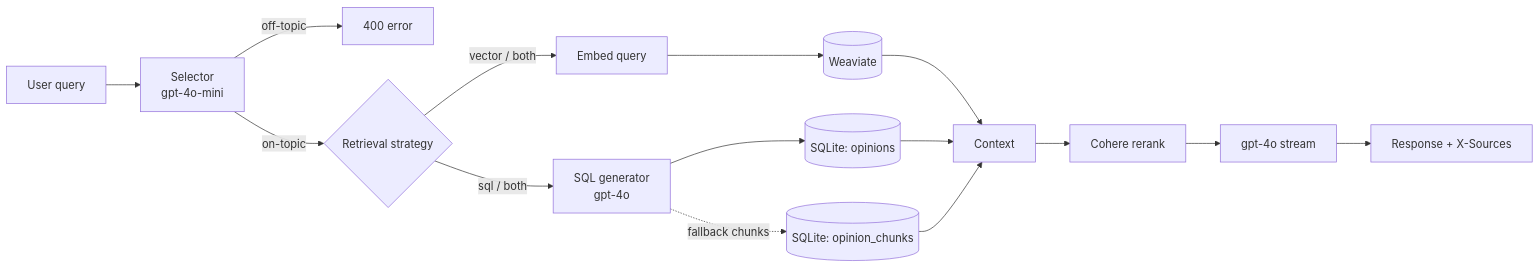
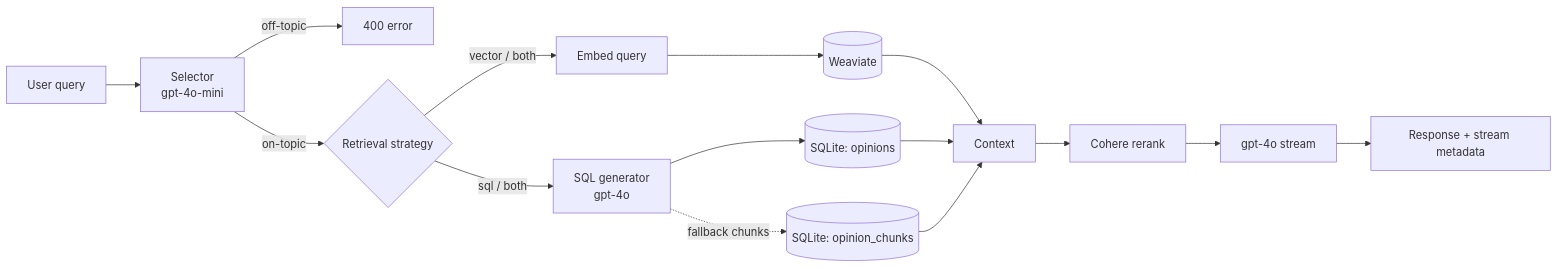
Before and after one commit to Isaac-DeFrain/scotus-helper: the second of 2 diagrams in README.md, drawn with Mermaid. The commit also changed other lines of this file and 13 other files, not shown here.

````diff
--- a/README.md
+++ b/README.md
@@ -35,20 +35,20 @@
 ```mermaid
 flowchart LR
     U[User query] --> S[Selector<br/>gpt-4o-mini]
     S -->|off-topic| ERR[400 error]
     S -->|on-topic| R{Retrieval strategy}
 
     R -->|vector / both| V[Embed query]
     V --> WV[(Weaviate)]
     WV --> CTX[Context]
 
     R -->|sql / both| SQ[SQL generator<br/>gpt-4o]
     SQ --> OP[(SQLite: opinions)]
     OP --> CTX
     SQ -.->|fallback chunks| OC[(SQLite: opinion_chunks)]
     OC --> CTX
 
     CTX --> RR[Cohere rerank]
     RR --> GPT[gpt-4o stream]
-    GPT --> OUT[Response + X-Sources]
+    GPT --> OUT[Response + stream metadata]
 ```
````
